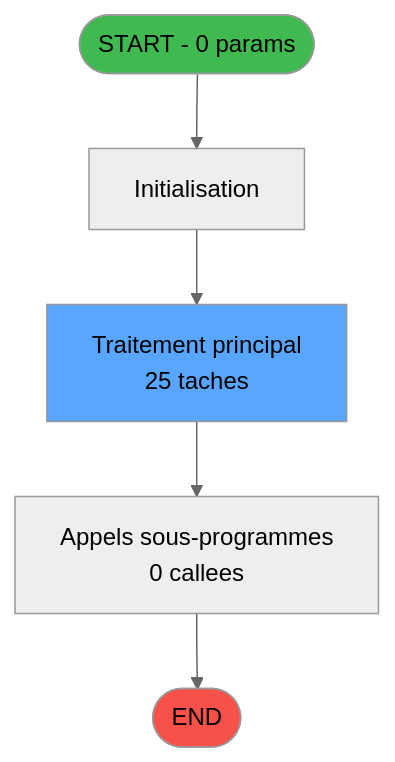
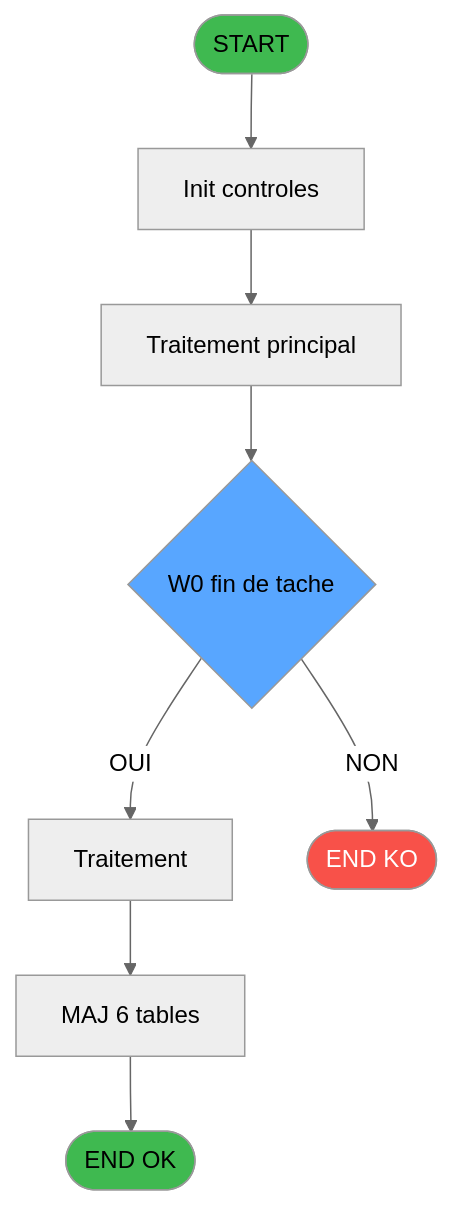
One commit to thonyAGP/magic-migration changed the first of 3 diagrams in .openspec/specs/ADH-IDE-40.md. Above: the diagram before and after it, drawn with Mermaid (neutral theme). The commit also changed other lines of this file and 493 other files, not shown here.

````diff
--- a/.openspec/specs/ADH-IDE-40.md
+++ b/.openspec/specs/ADH-IDE-40.md
@@ -93,14 +89,21 @@
 ```mermaid
 flowchart TD
-    START([START - 0 params])
-    INIT["Initialisation"]
-    PROCESS["Traitement principal<br/>25 taches"]
-    CALLS["Appels sous-programmes<br/>0 callees"]
-    ENDOK([END])
+    START([START])
+    INIT[Init controles]
+    SAISIE[Traitement principal]
+    DECISION{W0 fin de tache}
+    PROCESS[Traitement]
+    UPDATE[MAJ 6 tables]
+    ENDOK([END OK])
+    ENDKO([END KO])
 
-    START --> INIT --> PROCESS --> CALLS --> ENDOK
+    START --> INIT --> SAISIE --> DECISION
+    DECISION -->|OUI| PROCESS
+    DECISION -->|NON| ENDKO
+    PROCESS --> UPDATE --> ENDOK
 
-    style START fill:#3fb950
-    style ENDOK fill:#f85149
-    style PROCESS fill:#58a6ff
+    style START fill:#3fb950,color:#000
+    style ENDOK fill:#3fb950,color:#000
+    style ENDKO fill:#f85149,color:#fff
+    style DECISION fill:#58a6ff,color:#000
 ```
````
